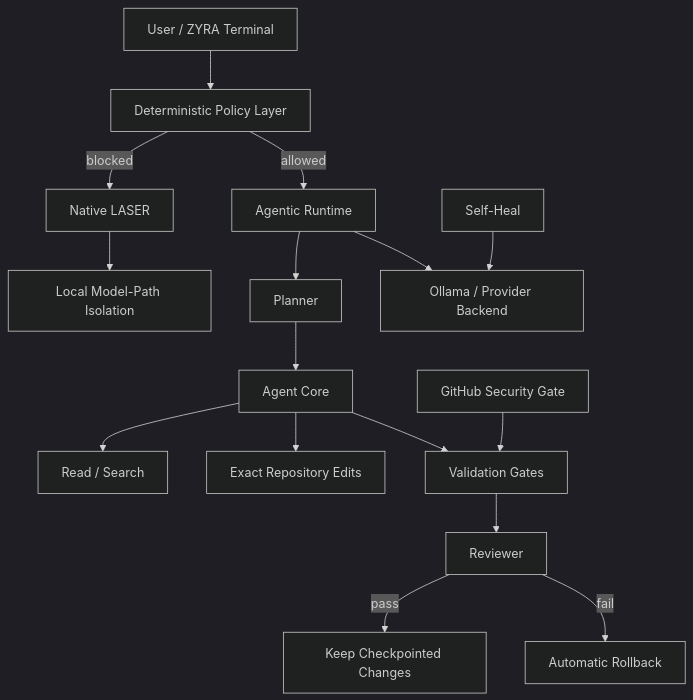
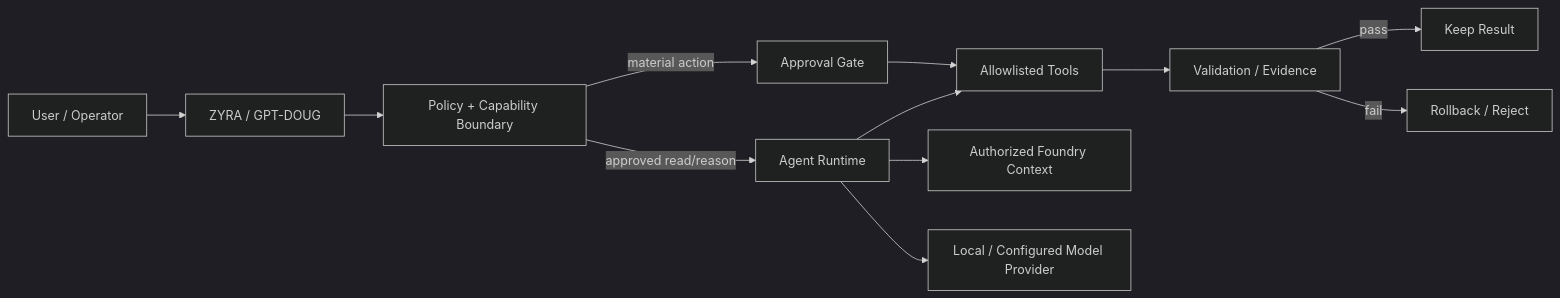
Before and after one commit to sonoxo/gpt-doug-llm: the diagram in README.md, drawn with Mermaid (dark theme). The commit also changed other lines of this file, not shown here.

Commit message:
docs: reposition ZYRA README as market-facing product platform

````diff
--- a/README.md
+++ b/README.md
@@ -101,20 +83,16 @@
 ```mermaid
-flowchart TD
-    U[User / ZYRA Terminal] --> P[Deterministic Policy Layer]
-    P -->|allowed| R[Agentic Runtime]
-    P -->|blocked| L[Native LASER]
-    L --> I[Local Model-Path Isolation]
+flowchart LR
+    U[User / Operator] --> Z[ZYRA / GPT-DOUG]
+    Z --> P[Policy + Capability Boundary]
+    P -->|approved read/reason| R[Agent Runtime]
+    P -->|material action| A[Approval Gate]
 
-    R --> PL[Planner]
-    PL --> AC[Agent Core]
-    AC --> T1[Read / Search]
-    AC --> T2[Exact Repository Edits]
-    AC --> T3[Validation Gates]
-    T3 --> RV[Reviewer]
-    RV -->|pass| K[Keep Checkpointed Changes]
-    RV -->|fail| RB[Automatic Rollback]
+    R --> T[Allowlisted Tools]
+    T --> V[Validation / Evidence]
+    V -->|pass| K[Keep Result]
+    V -->|fail| RB[Rollback / Reject]
 
-    R --> O[Ollama / Provider Backend]
-    H[Self-Heal] --> O
-    CI[GitHub Security Gate] --> T3
+    R --> F[Authorized Foundry Context]
+    R --> L[Local / Configured Model Provider]
+    A --> T
 ```
````
